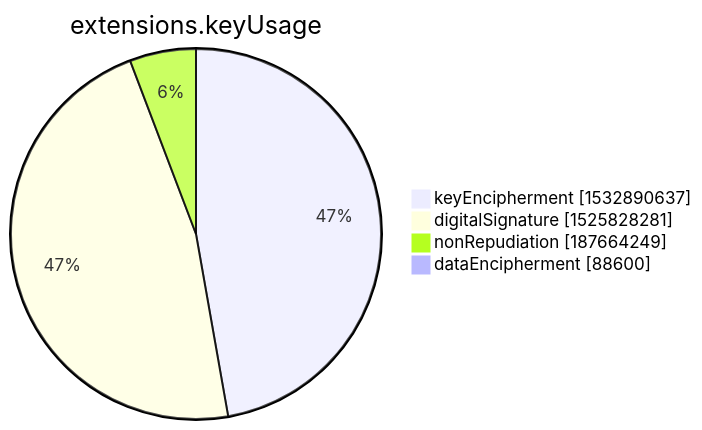
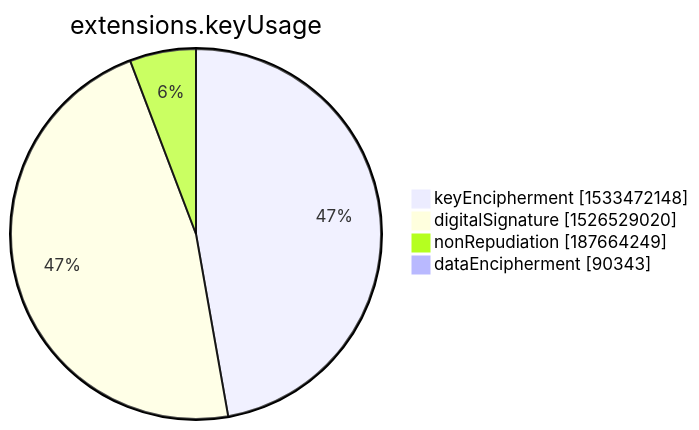
One commit to christiankrug/ctmonitor_visualization changed the seventh of 15 diagrams in xenon2022/README.md. Above: the diagram before and after it, drawn with Mermaid. The commit also changed other lines of this file, not shown here.

````diff
--- a/xenon2022/README.md
+++ b/xenon2022/README.md
@@ -2849,8 +2849,8 @@
 ```mermaid
 pie showData
 title extensions.keyUsage
-"keyEncipherment" :1532890637
-"digitalSignature" :1525828281
+"keyEncipherment" :1533472148
+"digitalSignature" :1526529020
 "nonRepudiation" :187664249
-"dataEncipherment" :88600
+"dataEncipherment" :90343
 ```
````
